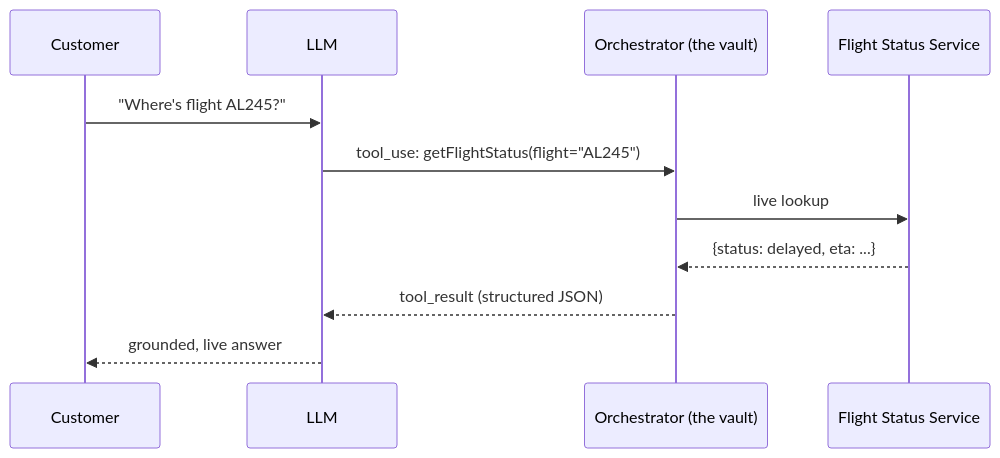
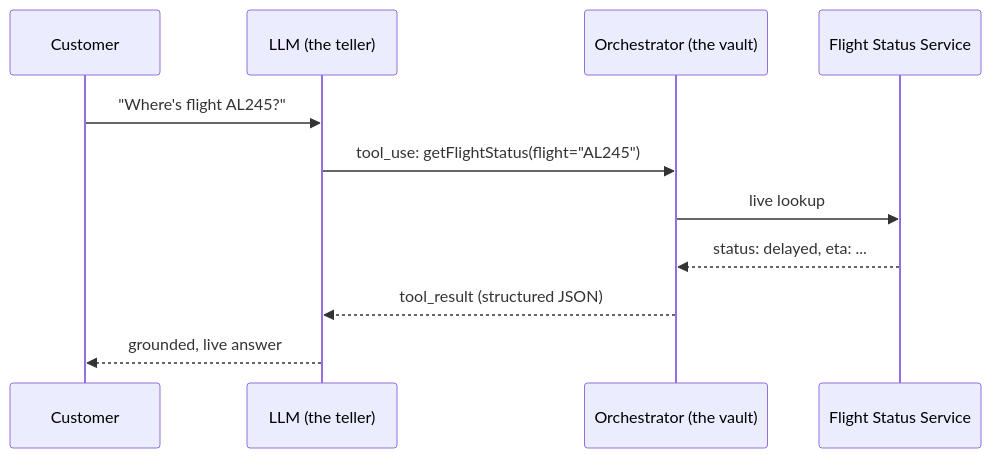
The sixth of 13 diagrams in system-design/HLD/0-course/44-Design-a-LLM-Customer-Support-Bot-FAANG-Guide-story.md (riyaz-pasha/Learnings), drawn with Mermaid before and after one commit. The commit also changed other lines of this file and 1 other file, not shown here.

Commit message:
[REWRITE] LLM Customer Support Bot story guide: simplify prose, add structure, fix diagrams

````diff
--- a/system-design/HLD/0-course/44-Design-a-LLM-Customer-Support-Bot-FAANG-Guide-story.md
+++ b/system-design/HLD/0-course/44-Design-a-LLM-Customer-Support-Bot-FAANG-Guide-story.md
@@ -141,13 +343,14 @@
 ```mermaid
 sequenceDiagram
     participant U as Customer
-    participant LLM
+    participant LLM as LLM (the teller)
     participant Vault as Orchestrator (the vault)
     participant Svc as Flight Status Service
+
     U->>LLM: "Where's flight AL245?"
     LLM->>Vault: tool_use: getFlightStatus(flight="AL245")
     Vault->>Svc: live lookup
-    Svc-->>Vault: {status: delayed, eta: ...}
+    Svc-->>Vault: status: delayed, eta: ...
     Vault-->>LLM: tool_result (structured JSON)
     LLM-->>U: grounded, live answer
 ```
````
